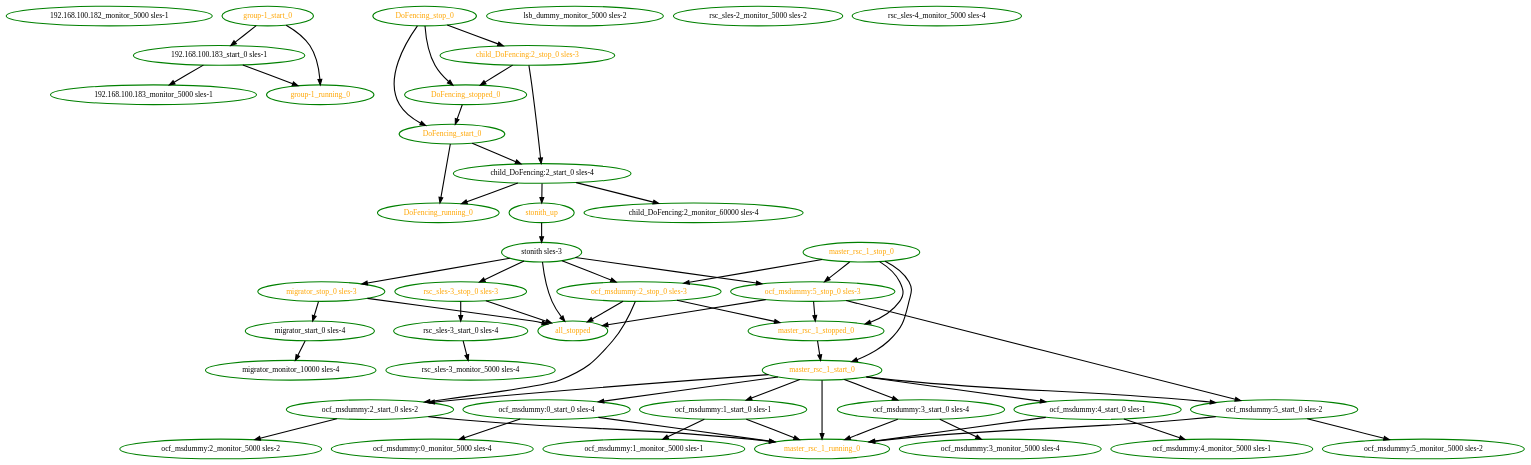
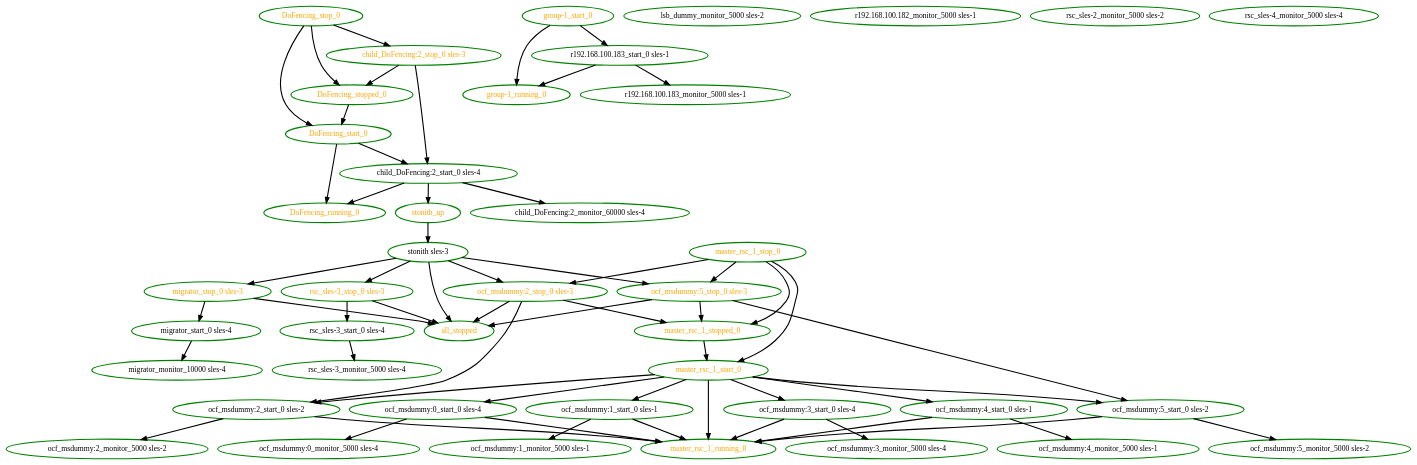
The diagram in pengine/testcases/stonith-1.dot (linux-ha-japan/pm_diskd), drawn with Graphviz before and after one commit. The commit also changed 9 other files, not shown here.

```diff
--- a/pengine/testcases/stonith-1.dot
+++ b/pengine/testcases/stonith-1.dot
@@ -1,101 +1,101 @@
 digraph "g" {
-"192.168.100.182_monitor_5000 sles-1" [ style=bold color="green" fontcolor="black"  ]
-"192.168.100.183_monitor_5000 sles-1" [ style=bold color="green" fontcolor="black"  ]
-"192.168.100.183_start_0 sles-1" -> "192.168.100.183_monitor_5000 sles-1" [ style = bold]
-"192.168.100.183_start_0 sles-1" -> "group-1_running_0" [ style = bold]
-"192.168.100.183_start_0 sles-1" [ style=bold color="green" fontcolor="black"  ]
 "DoFencing_running_0" [ style=bold color="green" fontcolor="orange"  ]
 "DoFencing_start_0" -> "DoFencing_running_0" [ style = bold]
 "DoFencing_start_0" -> "child_DoFencing:2_start_0 sles-4" [ style = bold]
 "DoFencing_start_0" [ style=bold color="green" fontcolor="orange"  ]
 "DoFencing_stop_0" -> "DoFencing_start_0" [ style = bold]
 "DoFencing_stop_0" -> "DoFencing_stopped_0" [ style = bold]
 "DoFencing_stop_0" -> "child_DoFencing:2_stop_0 sles-3" [ style = bold]
 "DoFencing_stop_0" [ style=bold color="green" fontcolor="orange"  ]
 "DoFencing_stopped_0" -> "DoFencing_start_0" [ style = bold]
 "DoFencing_stopped_0" [ style=bold color="green" fontcolor="orange"  ]
 "all_stopped" [ style=bold color="green" fontcolor="orange"  ]
 "child_DoFencing:2_monitor_60000 sles-4" [ style=bold color="green" fontcolor="black"  ]
 "child_DoFencing:2_start_0 sles-4" -> "DoFencing_running_0" [ style = bold]
 "child_DoFencing:2_start_0 sles-4" -> "child_DoFencing:2_monitor_60000 sles-4" [ style = bold]
 "child_DoFencing:2_start_0 sles-4" -> "stonith_up" [ style = bold]
 "child_DoFencing:2_start_0 sles-4" [ style=bold color="green" fontcolor="black"  ]
 "child_DoFencing:2_stop_0 sles-3" -> "DoFencing_stopped_0" [ style = bold]
 "child_DoFencing:2_stop_0 sles-3" -> "child_DoFencing:2_start_0 sles-4" [ style = bold]
 "child_DoFencing:2_stop_0 sles-3" [ style=bold color="green" fontcolor="orange"  ]
 "group-1_running_0" [ style=bold color="green" fontcolor="orange"  ]
-"group-1_start_0" -> "192.168.100.183_start_0 sles-1" [ style = bold]
 "group-1_start_0" -> "group-1_running_0" [ style = bold]
+"group-1_start_0" -> "r192.168.100.183_start_0 sles-1" [ style = bold]
 "group-1_start_0" [ style=bold color="green" fontcolor="orange"  ]
 "lsb_dummy_monitor_5000 sles-2" [ style=bold color="green" fontcolor="black"  ]
 "master_rsc_1_running_0" [ style=bold color="green" fontcolor="orange"  ]
 "master_rsc_1_start_0" -> "master_rsc_1_running_0" [ style = bold]
 "master_rsc_1_start_0" -> "ocf_msdummy:0_start_0 sles-4" [ style = bold]
 "master_rsc_1_start_0" -> "ocf_msdummy:1_start_0 sles-1" [ style = bold]
 "master_rsc_1_start_0" -> "ocf_msdummy:2_start_0 sles-2" [ style = bold]
 "master_rsc_1_start_0" -> "ocf_msdummy:3_start_0 sles-4" [ style = bold]
 "master_rsc_1_start_0" -> "ocf_msdummy:4_start_0 sles-1" [ style = bold]
 "master_rsc_1_start_0" -> "ocf_msdummy:5_start_0 sles-2" [ style = bold]
 "master_rsc_1_start_0" [ style=bold color="green" fontcolor="orange"  ]
 "master_rsc_1_stop_0" -> "master_rsc_1_start_0" [ style = bold]
 "master_rsc_1_stop_0" -> "master_rsc_1_stopped_0" [ style = bold]
 "master_rsc_1_stop_0" -> "ocf_msdummy:2_stop_0 sles-3" [ style = bold]
 "master_rsc_1_stop_0" -> "ocf_msdummy:5_stop_0 sles-3" [ style = bold]
 "master_rsc_1_stop_0" [ style=bold color="green" fontcolor="orange"  ]
 "master_rsc_1_stopped_0" -> "master_rsc_1_start_0" [ style = bold]
 "master_rsc_1_stopped_0" [ style=bold color="green" fontcolor="orange"  ]
 "migrator_monitor_10000 sles-4" [ style=bold color="green" fontcolor="black"  ]
 "migrator_start_0 sles-4" -> "migrator_monitor_10000 sles-4" [ style = bold]
 "migrator_start_0 sles-4" [ style=bold color="green" fontcolor="black"  ]
 "migrator_stop_0 sles-3" -> "all_stopped" [ style = bold]
 "migrator_stop_0 sles-3" -> "migrator_start_0 sles-4" [ style = bold]
 "migrator_stop_0 sles-3" [ style=bold color="green" fontcolor="orange"  ]
 "ocf_msdummy:0_monitor_5000 sles-4" [ style=bold color="green" fontcolor="black"  ]
 "ocf_msdummy:0_start_0 sles-4" -> "master_rsc_1_running_0" [ style = bold]
 "ocf_msdummy:0_start_0 sles-4" -> "ocf_msdummy:0_monitor_5000 sles-4" [ style = bold]
 "ocf_msdummy:0_start_0 sles-4" [ style=bold color="green" fontcolor="black"  ]
 "ocf_msdummy:1_monitor_5000 sles-1" [ style=bold color="green" fontcolor="black"  ]
 "ocf_msdummy:1_start_0 sles-1" -> "master_rsc_1_running_0" [ style = bold]
 "ocf_msdummy:1_start_0 sles-1" -> "ocf_msdummy:1_monitor_5000 sles-1" [ style = bold]
 "ocf_msdummy:1_start_0 sles-1" [ style=bold color="green" fontcolor="black"  ]
 "ocf_msdummy:2_monitor_5000 sles-2" [ style=bold color="green" fontcolor="black"  ]
 "ocf_msdummy:2_start_0 sles-2" -> "master_rsc_1_running_0" [ style = bold]
 "ocf_msdummy:2_start_0 sles-2" -> "ocf_msdummy:2_monitor_5000 sles-2" [ style = bold]
 "ocf_msdummy:2_start_0 sles-2" [ style=bold color="green" fontcolor="black"  ]
 "ocf_msdummy:2_stop_0 sles-3" -> "all_stopped" [ style = bold]
 "ocf_msdummy:2_stop_0 sles-3" -> "master_rsc_1_stopped_0" [ style = bold]
 "ocf_msdummy:2_stop_0 sles-3" -> "ocf_msdummy:2_start_0 sles-2" [ style = bold]
 "ocf_msdummy:2_stop_0 sles-3" [ style=bold color="green" fontcolor="orange"  ]
 "ocf_msdummy:3_monitor_5000 sles-4" [ style=bold color="green" fontcolor="black"  ]
 "ocf_msdummy:3_start_0 sles-4" -> "master_rsc_1_running_0" [ style = bold]
 "ocf_msdummy:3_start_0 sles-4" -> "ocf_msdummy:3_monitor_5000 sles-4" [ style = bold]
 "ocf_msdummy:3_start_0 sles-4" [ style=bold color="green" fontcolor="black"  ]
 "ocf_msdummy:4_monitor_5000 sles-1" [ style=bold color="green" fontcolor="black"  ]
 "ocf_msdummy:4_start_0 sles-1" -> "master_rsc_1_running_0" [ style = bold]
 "ocf_msdummy:4_start_0 sles-1" -> "ocf_msdummy:4_monitor_5000 sles-1" [ style = bold]
 "ocf_msdummy:4_start_0 sles-1" [ style=bold color="green" fontcolor="black"  ]
 "ocf_msdummy:5_monitor_5000 sles-2" [ style=bold color="green" fontcolor="black"  ]
 "ocf_msdummy:5_start_0 sles-2" -> "master_rsc_1_running_0" [ style = bold]
 "ocf_msdummy:5_start_0 sles-2" -> "ocf_msdummy:5_monitor_5000 sles-2" [ style = bold]
 "ocf_msdummy:5_start_0 sles-2" [ style=bold color="green" fontcolor="black"  ]
 "ocf_msdummy:5_stop_0 sles-3" -> "all_stopped" [ style = bold]
 "ocf_msdummy:5_stop_0 sles-3" -> "master_rsc_1_stopped_0" [ style = bold]
 "ocf_msdummy:5_stop_0 sles-3" -> "ocf_msdummy:5_start_0 sles-2" [ style = bold]
 "ocf_msdummy:5_stop_0 sles-3" [ style=bold color="green" fontcolor="orange"  ]
+"r192.168.100.182_monitor_5000 sles-1" [ style=bold color="green" fontcolor="black"  ]
+"r192.168.100.183_monitor_5000 sles-1" [ style=bold color="green" fontcolor="black"  ]
+"r192.168.100.183_start_0 sles-1" -> "group-1_running_0" [ style = bold]
+"r192.168.100.183_start_0 sles-1" -> "r192.168.100.183_monitor_5000 sles-1" [ style = bold]
+"r192.168.100.183_start_0 sles-1" [ style=bold color="green" fontcolor="black"  ]
 "rsc_sles-2_monitor_5000 sles-2" [ style=bold color="green" fontcolor="black"  ]
 "rsc_sles-3_monitor_5000 sles-4" [ style=bold color="green" fontcolor="black"  ]
 "rsc_sles-3_start_0 sles-4" -> "rsc_sles-3_monitor_5000 sles-4" [ style = bold]
 "rsc_sles-3_start_0 sles-4" [ style=bold color="green" fontcolor="black"  ]
 "rsc_sles-3_stop_0 sles-3" -> "all_stopped" [ style = bold]
 "rsc_sles-3_stop_0 sles-3" -> "rsc_sles-3_start_0 sles-4" [ style = bold]
 "rsc_sles-3_stop_0 sles-3" [ style=bold color="green" fontcolor="orange"  ]
 "rsc_sles-4_monitor_5000 sles-4" [ style=bold color="green" fontcolor="black"  ]
 "stonith sles-3" -> "all_stopped" [ style = bold]
 "stonith sles-3" -> "migrator_stop_0 sles-3" [ style = bold]
 "stonith sles-3" -> "ocf_msdummy:2_stop_0 sles-3" [ style = bold]
 "stonith sles-3" -> "ocf_msdummy:5_stop_0 sles-3" [ style = bold]
 "stonith sles-3" -> "rsc_sles-3_stop_0 sles-3" [ style = bold]
 "stonith sles-3" [ style=bold color="green" fontcolor="black"  ]
 "stonith_up" -> "stonith sles-3" [ style = bold]
 "stonith_up" [ style=bold color="green" fontcolor="orange"  ]
 }
```
